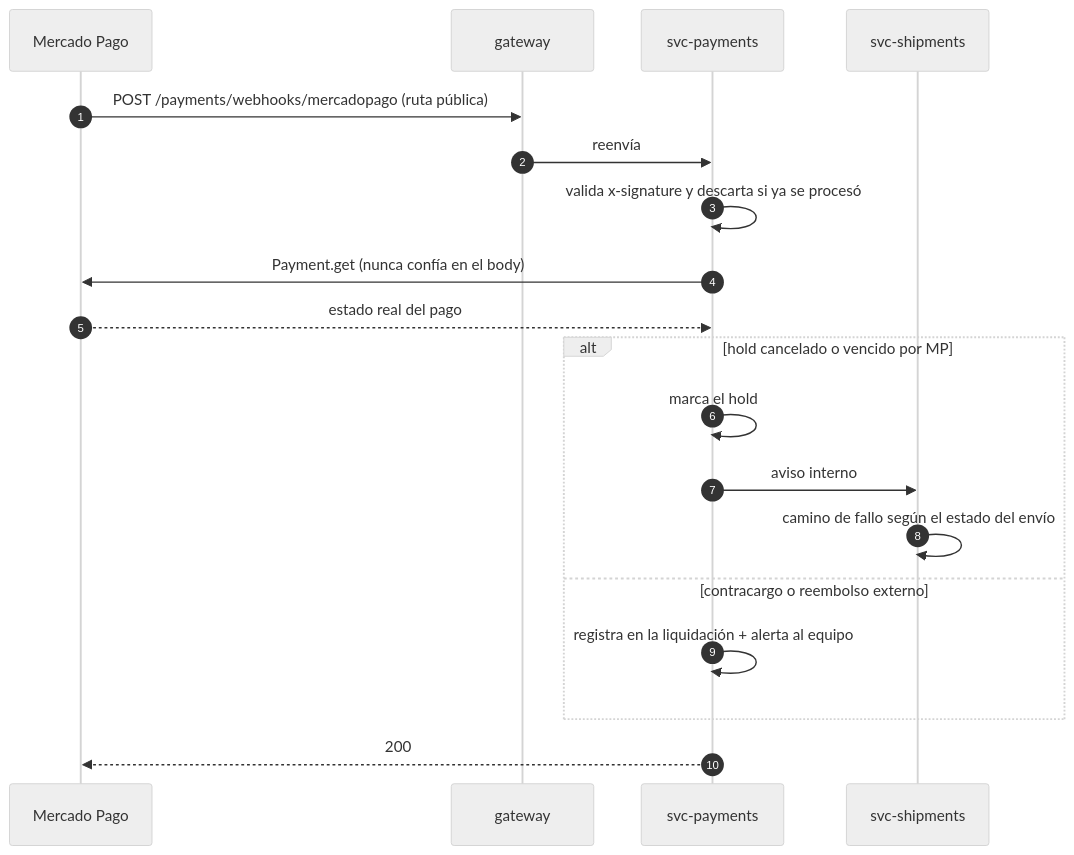
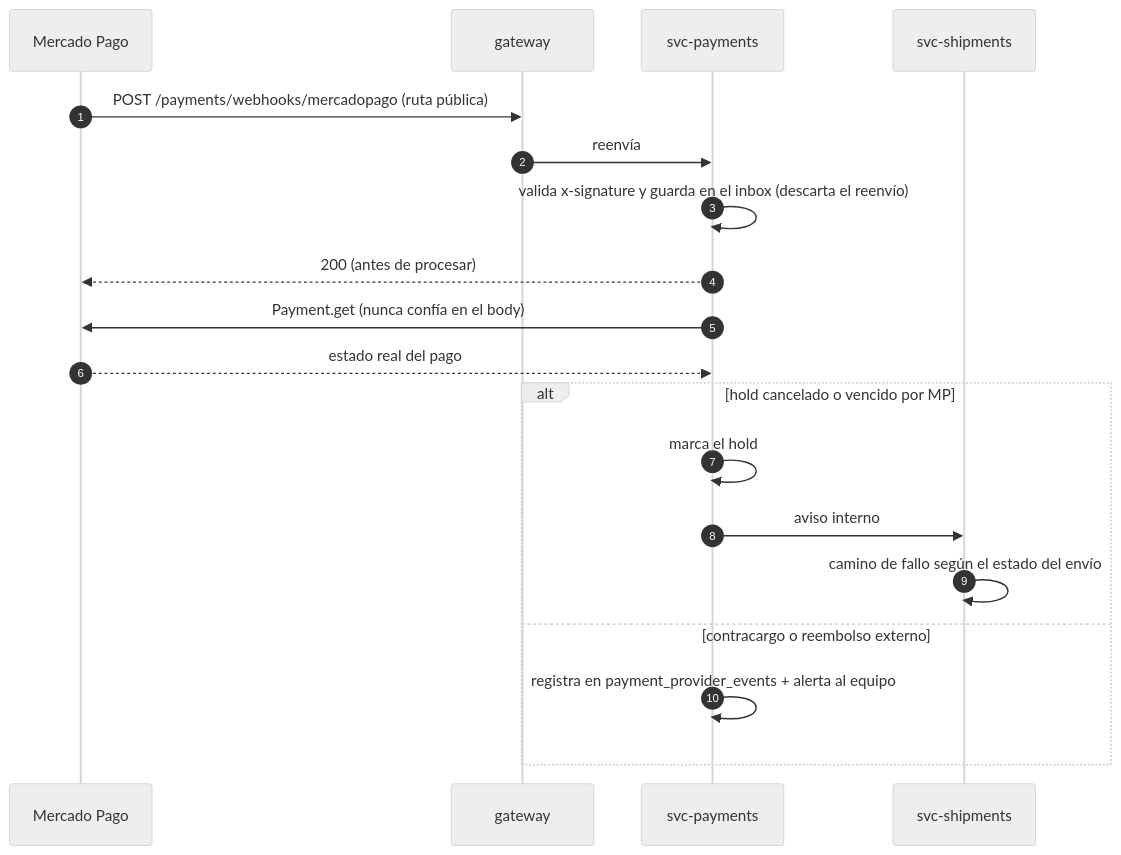
The eighth of 10 diagrams in docs/payments/flujo-de-pagos.md (movosend/movo), drawn with Mermaid (neutral theme) before and after one commit. The commit also changed other lines of this file and 2 other files, not shown here.

Commit message:
docs(payments): estado de movo-268 y flujo del webhook [MOVO-268]
Refs: MOVO-268

````diff
--- a/docs/payments/flujo-de-pagos.md
+++ b/docs/payments/flujo-de-pagos.md
@@ -303,22 +303,22 @@
 ```mermaid
 sequenceDiagram
     autonumber
     participant MP as Mercado Pago
     participant G as gateway
     participant P as svc-payments
     participant S as svc-shipments
 
     MP->>G: POST /payments/webhooks/mercadopago (ruta pública)
     G->>P: reenvía
-    P->>P: valida x-signature y descarta si ya se procesó
+    P->>P: valida x-signature y guarda en el inbox (descarta el reenvío)
+    P-->>MP: 200 (antes de procesar)
     P->>MP: Payment.get (nunca confía en el body)
     MP-->>P: estado real del pago
     alt hold cancelado o vencido por MP
         P->>P: marca el hold
         P->>S: aviso interno
         S->>S: camino de fallo según el estado del envío
     else contracargo o reembolso externo
-        P->>P: registra en la liquidación + alerta al equipo
+        P->>P: registra en payment_provider_events + alerta al equipo
     end
-    P-->>MP: 200
 ```
````
